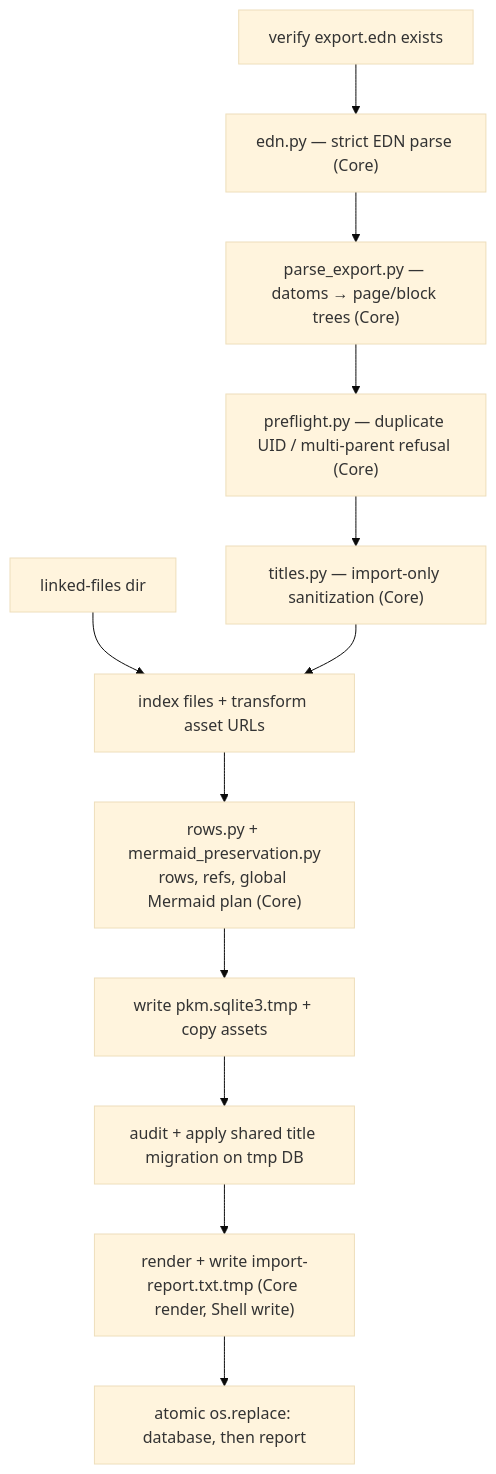
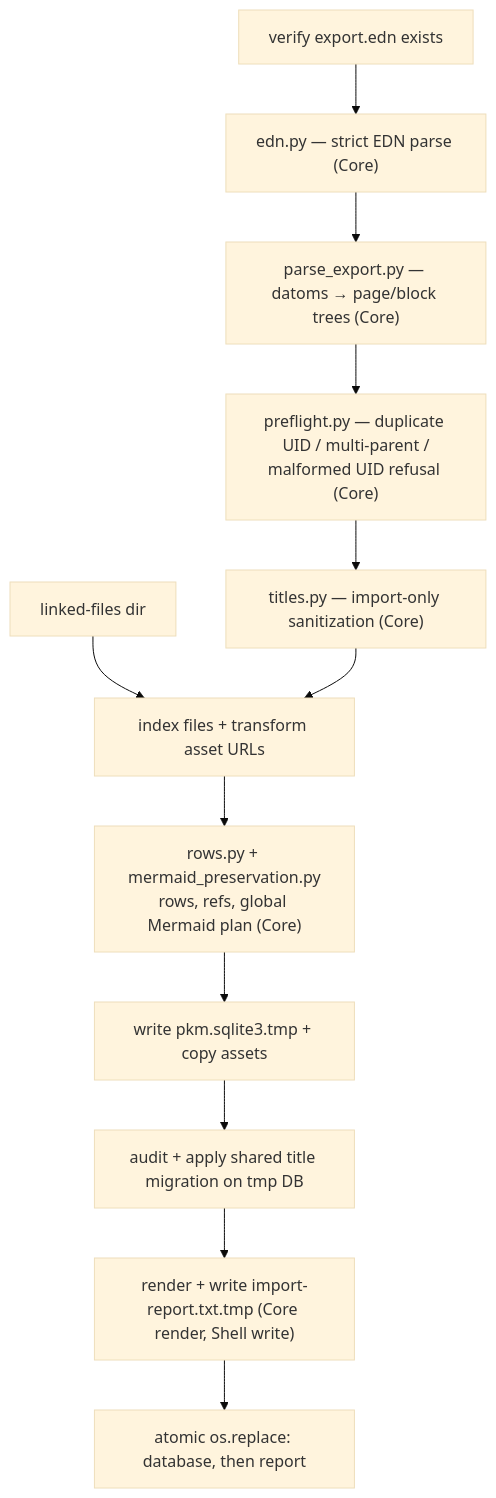
The diagram in docs/architecture/import-export-and-backup.md (ArthurClune/pkm-system), drawn with Mermaid (base theme) before and after one commit. The commit also changed other lines of this file and 1 other file, not shown here.

First line of the commit message:
docs(pkm-9km9): document the uid NewTypes, BLOCK_REF_TOKEN and importer uid refusal

````diff
--- a/docs/architecture/import-export-and-backup.md
+++ b/docs/architecture/import-export-and-backup.md
@@ -101,14 +101,14 @@
 ```mermaid
 flowchart TD
     A["verify export.edn exists"] --> B["edn.py — strict EDN parse (Core)"]
     B --> C["parse_export.py — datoms → page/block trees (Core)"]
-    C --> P["preflight.py — duplicate UID / multi-parent refusal (Core)"]
+    C --> P["preflight.py — duplicate UID / multi-parent /<br/>malformed UID refusal (Core)"]
     P --> T["titles.py — import-only sanitization (Core)"]
     F["linked-files dir"] --> G["index files + transform asset URLs"]
     T --> G
     G --> D["rows.py + mermaid_preservation.py<br/>rows, refs, global Mermaid plan (Core)"]
     D --> E["write pkm.sqlite3.tmp + copy assets"]
     E --> M["audit + apply shared title migration on tmp DB"]
     M --> R["render + write import-report.txt.tmp (Core render, Shell write)"]
     R --> H["atomic os.replace: database, then report"]
 ```
````
